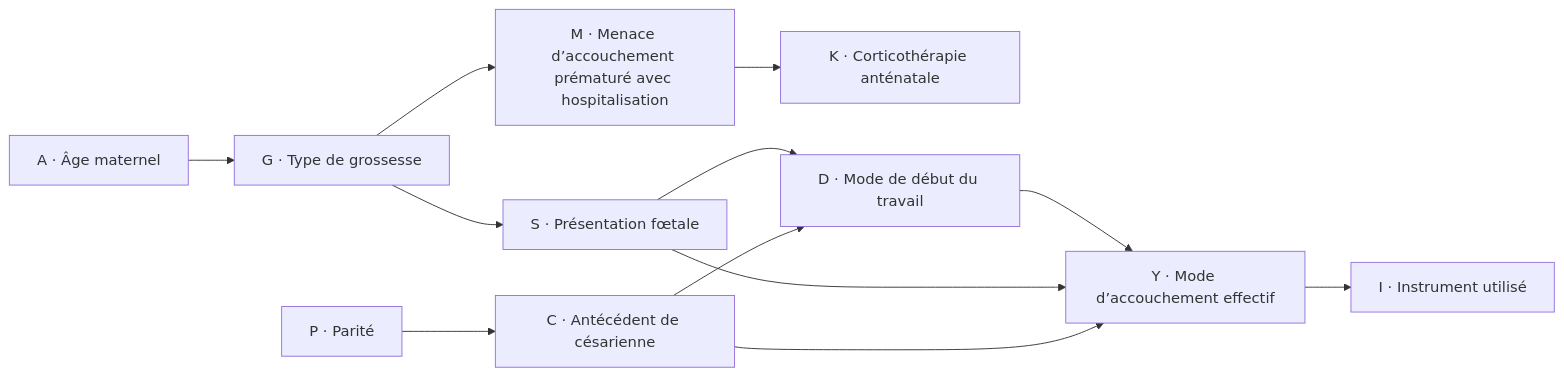
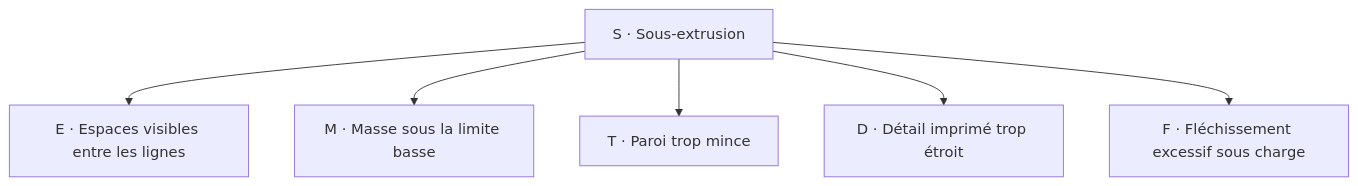
The diagram in docs/pilotage/GRAPH.md (timcrtl/PROJECT-Bayesian-network), drawn with Mermaid before and after one commit. The commit also changed other lines of this file and 1 other file, not shown here.

Commit message:
Adapte le graphe et le planning au contrôle qualité en impression 3D

````diff
--- a/docs/pilotage/GRAPH.md
+++ b/docs/pilotage/GRAPH.md
@@ -18,14 +6,9 @@
 ```mermaid
-flowchart LR
-    A["A · Âge maternel"] --> G["G · Type de grossesse"]
-    P["P · Parité"] --> C["C · Antécédent de césarienne"]
-    G --> S["S · Présentation fœtale"]
-    G --> M["M · Menace d’accouchement prématuré avec hospitalisation"]
-    M --> K["K · Corticothérapie anténatale"]
-    C --> D["D · Mode de début du travail"]
-    S --> D
-    C --> Y["Y · Mode d’accouchement effectif"]
-    S --> Y
-    D --> Y
-    Y --> I["I · Instrument utilisé"]
+flowchart TD
+    S["S · Sous-extrusion"]
+    S --> E["E · Espaces visibles entre les lignes"]
+    S --> M["M · Masse sous la limite basse"]
+    S --> T["T · Paroi trop mince"]
+    S --> D["D · Détail imprimé trop étroit"]
+    S --> F["F · Fléchissement excessif sous charge"]
 ```
````
